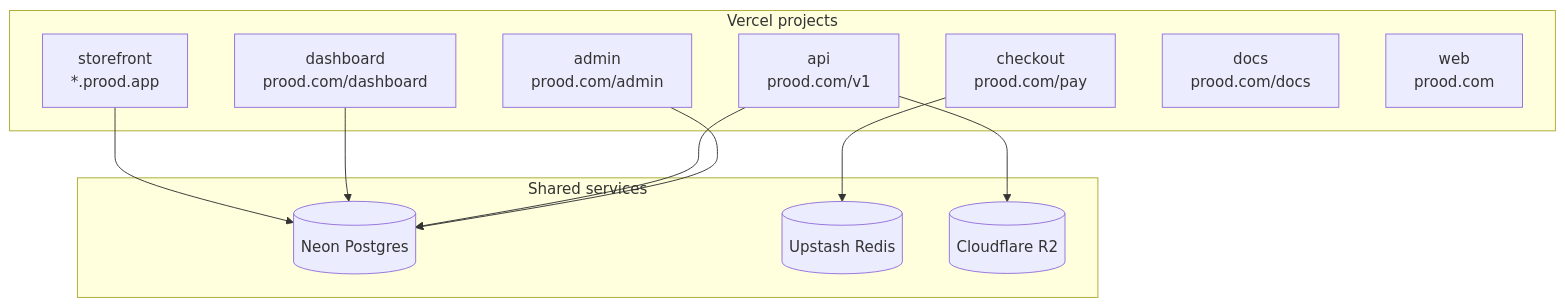
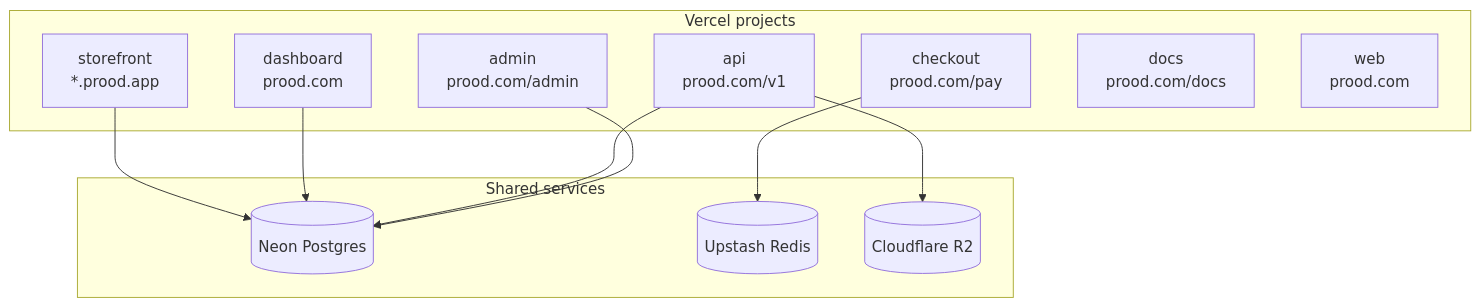
The diagram in apps/docs/content/docs/guides/deployment.mdx (rodrigobarona/prood-commerce-platform), drawn with Mermaid before and after one commit. The commit also changed other lines of this file and 75 other files, not shown here.

First line of the commit message:
Serve the dashboard from the root of prood.com, with the homepage for signed-out visitors

````diff
--- a/apps/docs/content/docs/guides/deployment.mdx
+++ b/apps/docs/content/docs/guides/deployment.mdx
@@ -57,25 +63,25 @@
 ```mermaid
 flowchart TB
   subgraph vercel [Vercel projects]
     SF[storefront<br/>*.prood.app]
-    DB[dashboard<br/>prood.com/dashboard]
+    DB[dashboard<br/>prood.com]
     CHK[checkout<br/>prood.com/pay]
     API[api<br/>prood.com/v1]
     ADMIN[admin<br/>prood.com/admin]
     DOCS[docs<br/>prood.com/docs]
     WEB[web<br/>prood.com]
   end
 
   subgraph shared [Shared services]
     NEON[(Neon Postgres)]
     REDIS[(Upstash Redis)]
     BLOB[(Cloudflare R2)]
   end
 
   SF --> NEON
   DB --> NEON
   API --> NEON
   ADMIN --> NEON
   CHK --> REDIS
   API --> BLOB
 ```
````
